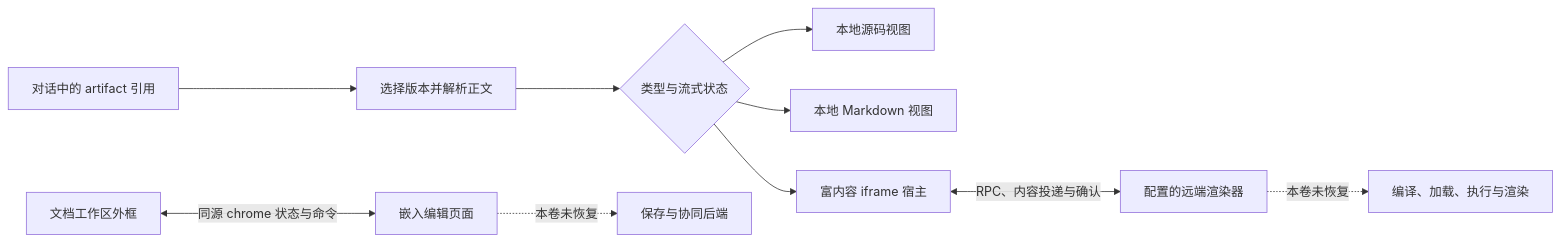
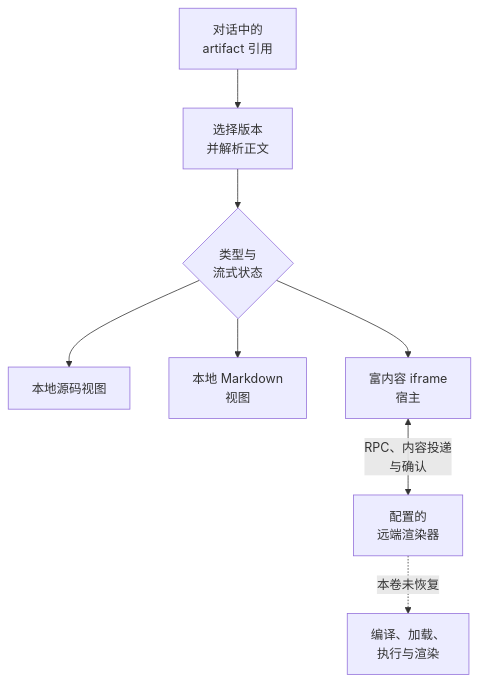
Before and after one commit to aiyinyuedejustin/agent-engineering-fundamentals: the first of 5 diagrams in books/claude-app/02-Illustrated-Deep-Dive-Book/07-Artifacts-And-Sandbox/README.md, drawn with Mermaid. The commit also changed other lines of this file and 2 other files, not shown here.

Commit message:
Make protocol file-pipeline and artifact diagrams readable in book columns

````diff
--- a/books/claude-app/02-Illustrated-Deep-Dive-Book/07-Artifacts-And-Sandbox/README.md
+++ b/books/claude-app/02-Illustrated-Deep-Dive-Book/07-Artifacts-And-Sandbox/README.md
@@ -22,12 +24,10 @@
 ```mermaid
-flowchart LR
-    Conversation["对话中的 artifact 引用"] --> Selection["选择版本并解析正文"]
-    Selection --> Gate{"类型与流式状态"}
+flowchart TB
+    Conversation["对话中的<br/>artifact 引用"] --> Selection["选择版本<br/>并解析正文"]
+    Selection --> Gate{"类型与<br/>流式状态"}
     Gate --> Source["本地源码视图"]
-    Gate --> Markdown["本地 Markdown 视图"]
-    Gate --> Host["富内容 iframe 宿主"]
-    Host <-->|"RPC、内容投递与确认"| Renderer["配置的远端渲染器"]
-    Renderer -. "本卷未恢复" .-> Runtime["编译、加载、执行与渲染"]
-    Workspace["文档工作区外框"] <-->|"同源 chrome 状态与命令"| Page["嵌入编辑页面"]
-    Page -. "本卷未恢复" .-> Backend["保存与协同后端"]
+    Gate --> Markdown["本地 Markdown<br/>视图"]
+    Gate --> Host["富内容 iframe<br/>宿主"]
+    Host <-->|"RPC、内容投递<br/>与确认"| Renderer["配置的<br/>远端渲染器"]
+    Renderer -. "本卷未恢复" .-> Runtime["编译、加载、<br/>执行与渲染"]
 ```
````
